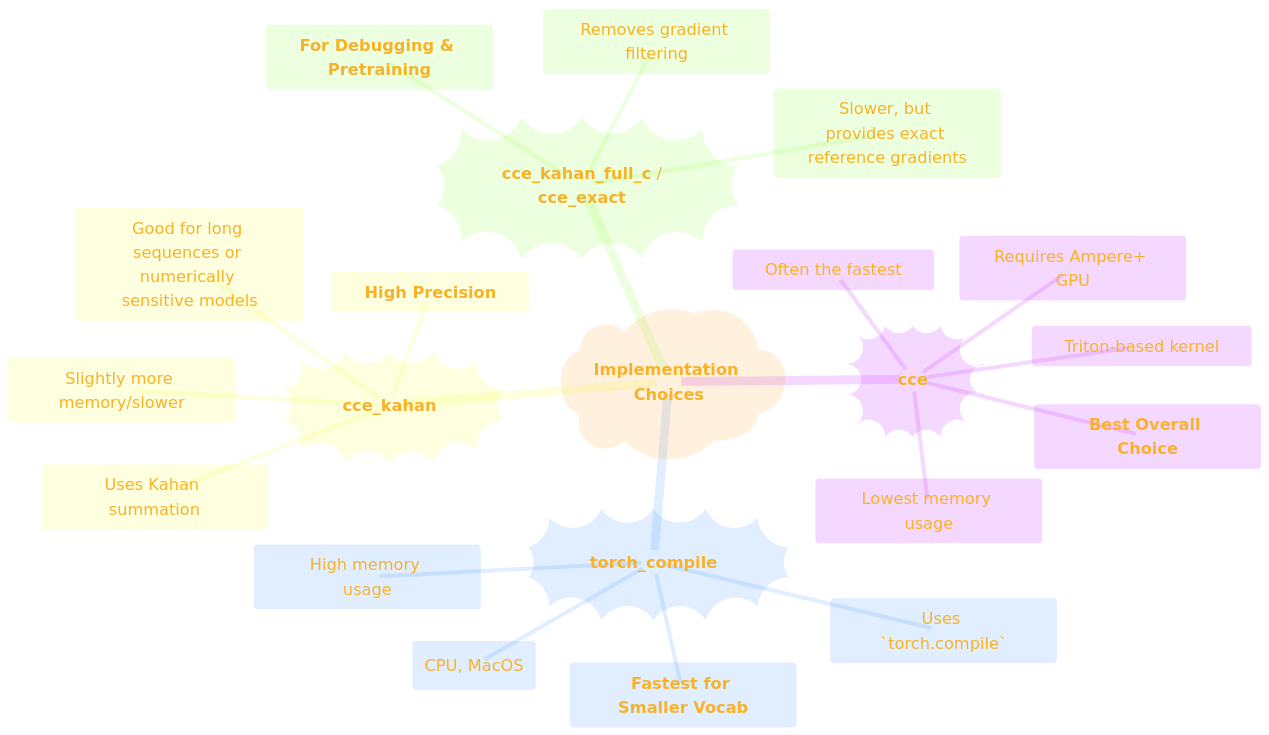
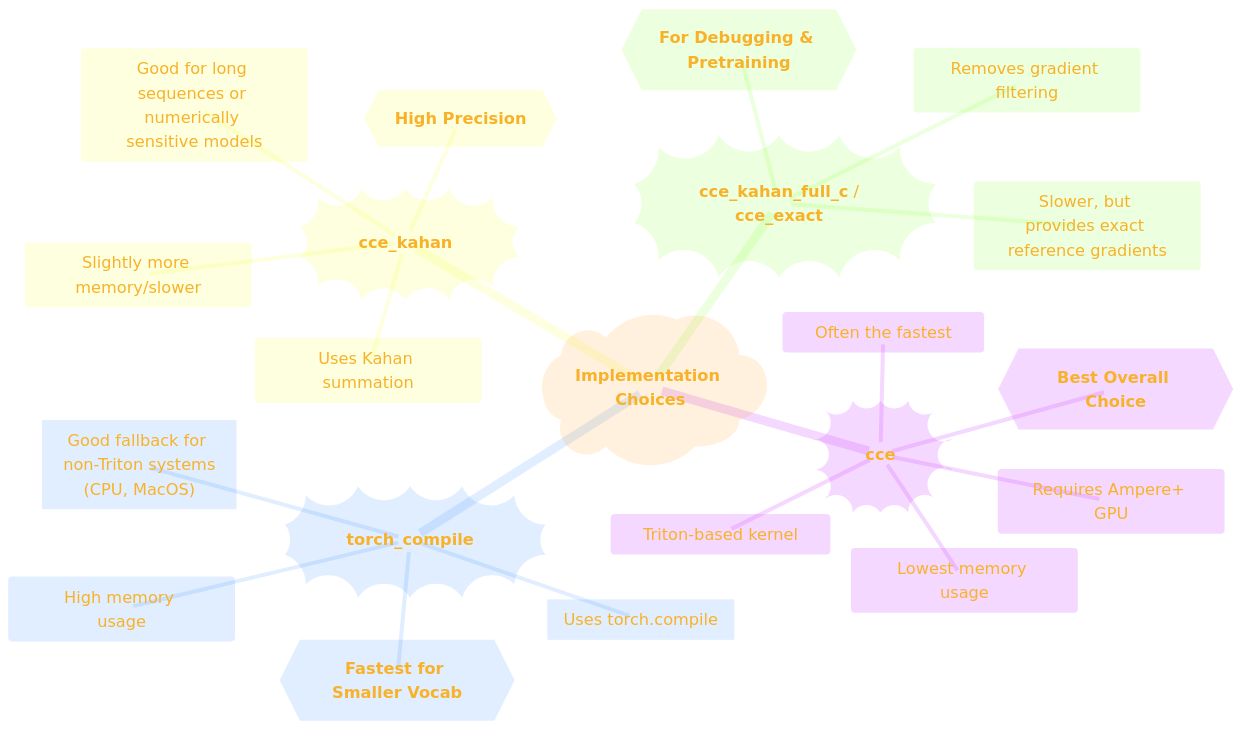
Before and after one commit to CongLeSolutionX/ArchExplorer: the third of 6 diagrams in APPLE/APPLE_REPO_PROJECTS/ml-cross-entropy/ml-cross-entropy_README_at_main.md, drawn with Mermaid. The commit also changed other lines of this file, not shown here.

Commit message:
update notes

````diff
--- a/APPLE/APPLE_REPO_PROJECTS/ml-cross-entropy/ml-cross-entropy_README_at_main.md
+++ b/APPLE/APPLE_REPO_PROJECTS/ml-cross-entropy/ml-cross-entropy_README_at_main.md
@@ -276,57 +279,57 @@
 ```mermaid
 ---
 title: "Choosing the Right Implementation"
 author: "Cong Le"
 version: "1.0"
 license(s): "MIT, CC BY-SA 4.0"
 copyright: "Copyright © 2025 Cong Le. All Rights Reserved."
 config:
   theme: base
 ---
 %%%%%%%% Mermaid version v11.4.1-b.14
 %%{
   init: {
     'fontFamily': 'American Typewriter, monospace',
     'logLevel': 'fatal',
     'mindmap': {
 	    'nodeAlign': 'center',
 	    'padding': 20
     },
     'themeVariables': {
       'primaryColor': '#FC82',
       'primaryTextColor': '#F8B229',
       'primaryBorderColor': '#27AE60',
       'secondaryColor': '#EBF3',
       'secondaryTextColor': '#6C3483',
       'secondaryBorderColor': '#A569BD',
       'fontSize': '20px'
     }
   }
 }%%
 mindmap
   root)"**Implementation Choices**"(
     cce))"**cce**"((
       ::icon(fas fa-rocket)
-      **Best Overall Choice**
+      Best_Overall_Choice{{"**Best Overall Choice**"}}
       Triton-based kernel
       Lowest memory usage
       Often the fastest
       Requires Ampere+ GPU
     torch_compile))"**torch_compile**"((
       ::icon(fas fa-bolt)
-      **Fastest for Smaller Vocab**
-      Uses `torch.compile`
+      Fastest_for_Smaller_Vocab{{"**Fastest for Smaller Vocab**"}}
+      Uses_torch_compile["Uses <char>torch.compile</char>"]
       High memory usage
-      Good fallback for non-Triton systems (CPU, MacOS)
+      Good_fallback_for_non_Triton_systems["Good fallback for non-Triton systems<br/>(CPU, MacOS)"]
     cce_kahan))"**cce_kahan**"((
       ::icon(fas fa-calculator)
-      **High Precision**
+      High_Precision{{"**High Precision**"}}
       Uses Kahan summation
       Slightly more memory/slower
       Good for long sequences or numerically sensitive models
     cce_kahan_full_c_OR_cce_exact))"**cce_kahan_full_c** /<br/> **cce_exact**"((
       ::icon(fas fa-vial)
-      **For Debugging & Pretraining**
+      For_Debugging_and_Pretraining{{"**For Debugging & Pretraining**"}}
       Removes gradient filtering
       Slower, but provides exact reference gradients
 ```
````
